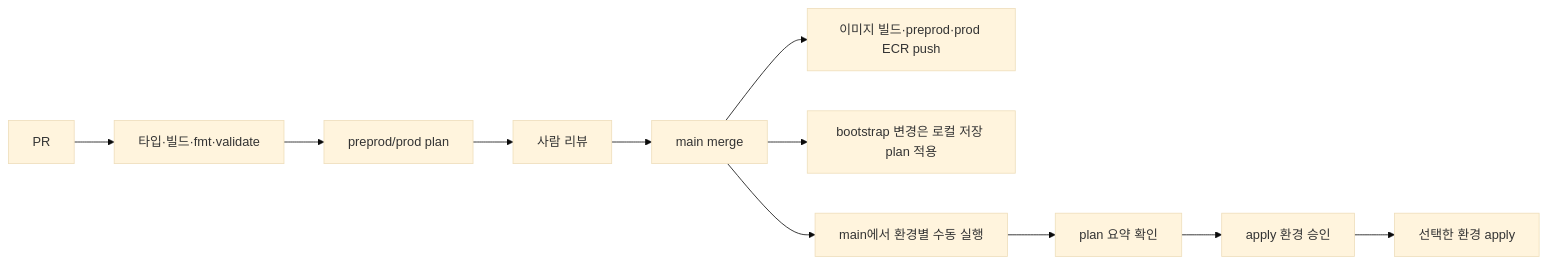
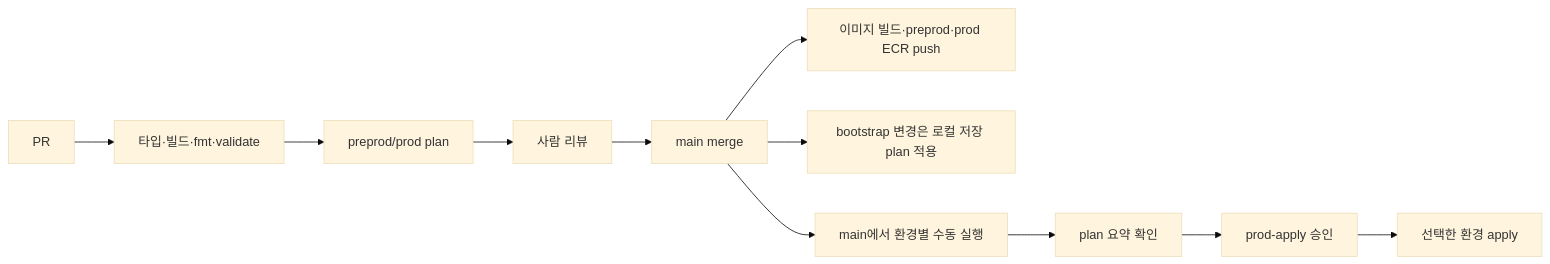
One commit to ban-dal/aws-ecs-fullstack-app changed the second of 2 diagrams in docs/architecture.md. Above: the diagram before and after it, drawn with Mermaid (base theme). The commit also changed other lines of this file and 17 other files, not shown here.

````diff
--- a/docs/architecture.md
+++ b/docs/architecture.md
@@ -41,13 +41,13 @@
 ```mermaid
 flowchart LR
   PR[PR] --> Checks[타입·빌드·fmt·validate]
   Checks --> Plan[preprod/prod plan]
   Plan --> Review[사람 리뷰]
   Review --> Merge[main merge]
   Merge --> Image[이미지 빌드·preprod·prod ECR push]
   Merge --> Bootstrap[bootstrap 변경은 로컬 저장 plan 적용]
   Merge --> Dispatch[main에서 환경별 수동 실행]
   Dispatch --> ApplyPlan[plan 요약 확인]
-  ApplyPlan --> Approval[apply 환경 승인]
+  ApplyPlan --> Approval[prod-apply 승인]
   Approval --> Apply[선택한 환경 apply]
 ```
````
